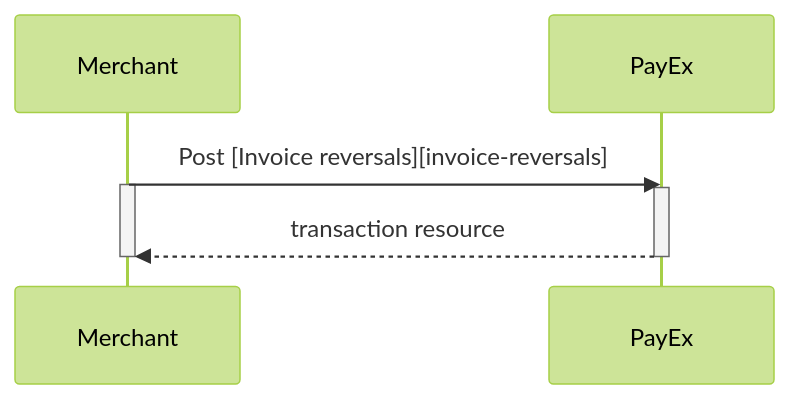
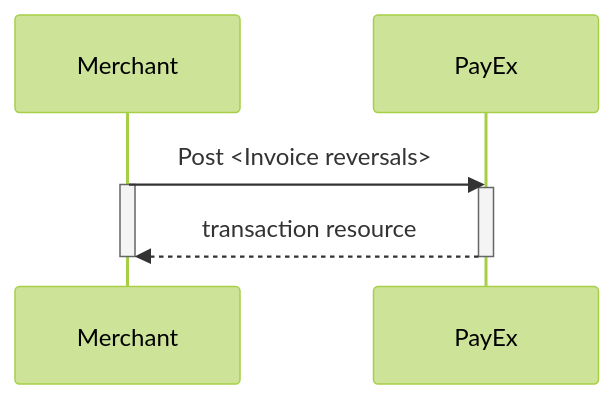
One commit to SwedbankPay/developer.swedbankpay.com changed the third of 3 diagrams in payments/invoice/after-payment.md. Above: the diagram before and after it, drawn with Mermaid (forest theme). The commit also changed other lines of this file and 5 other files, not shown here.

````diff
--- a/payments/invoice/after-payment.md
+++ b/payments/invoice/after-payment.md
@@ -449,9 +471,9 @@
 ```mermaid
 sequenceDiagram
-Merchant->>PayEx: Post [Invoice reversals][invoice-reversals]
-Activate Merchant
-Activate PayEx
-PayEx-->>Merchant: transaction resource
-Deactivate Merchant
-Deactivate PayEx
+    Merchant->>PayEx: Post <Invoice reversals>
+    activate Merchant
+    activate PayEx
+    PayEx-->>Merchant: transaction resource
+    deactivate Merchant
+    deactivate PayEx
 ```
````
